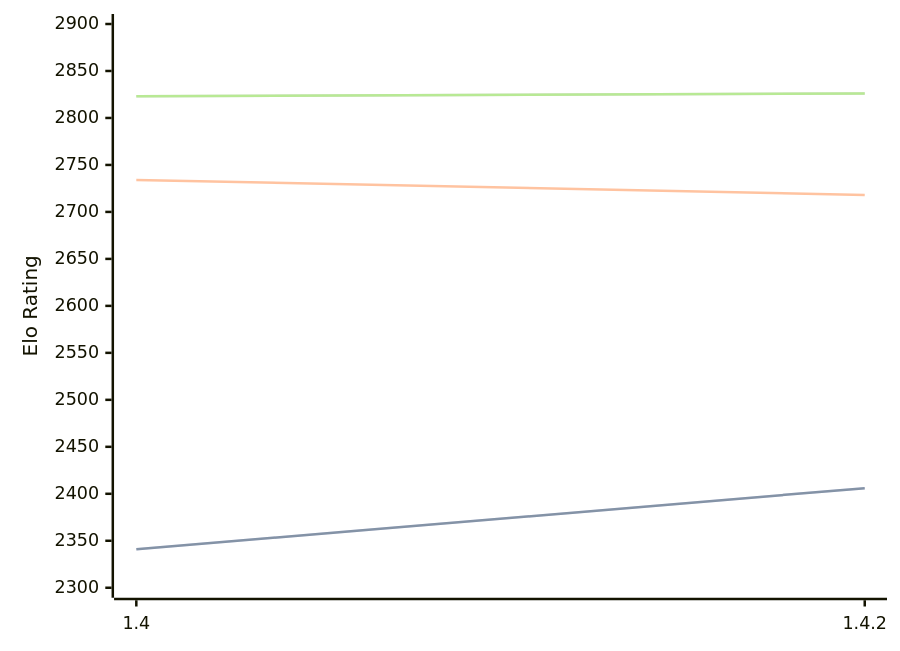
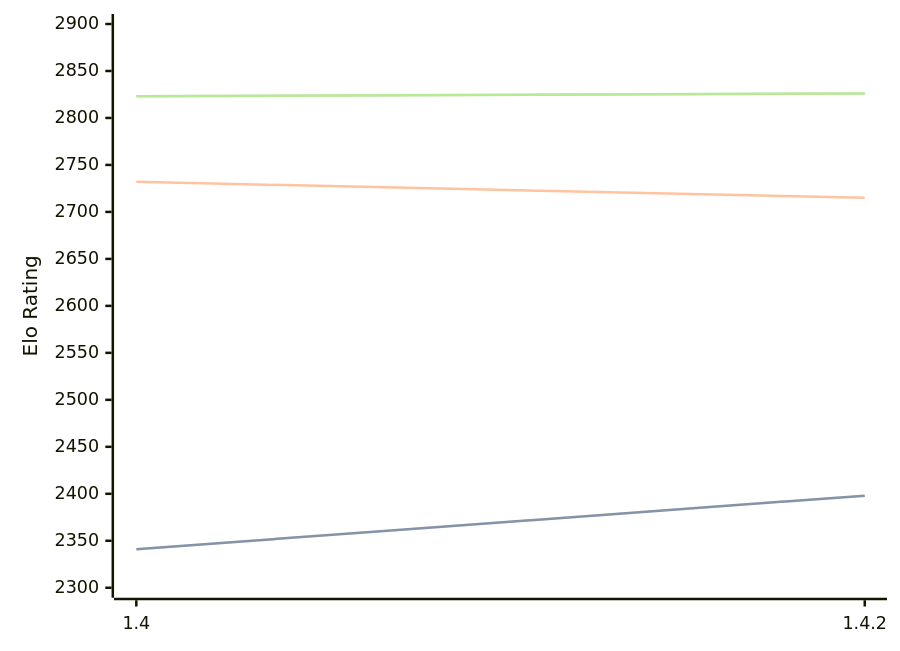
Before and after one commit to computer-chess-index/cci: the diagram in engines/Spike.md, drawn with Mermaid. The commit also changed other lines of this file, not shown here.

````diff
--- a/engines/Spike.md
+++ b/engines/Spike.md
@@ -32,11 +32,11 @@
 ```mermaid
 %%{init: {"theme":"base","themeVariables":{"seriesColors:['#a3a3a3','#222221','#faa371']}}}%%
 xychart-beta
   x-axis ["1.4", "1.4.2"]
   y-axis "Elo Rating" 2300 --> 2900
-  line "" [2341, 2406]
-  line "STC (8.0+0.08s)" [2341, 2406]
-  line "LTC (60.0+0.60s)" [2734, 2718]
+  line "" [2341, 2398]
+  line "STC (8.0+0.08s)" [2341, 2398]
+  line "LTC (60.0+0.60s)" [2732, 2715]
   line "" [2823, 2826]
   line "VLTC (2m24s+1.12s)" [2823, 2826]
 ```
````
